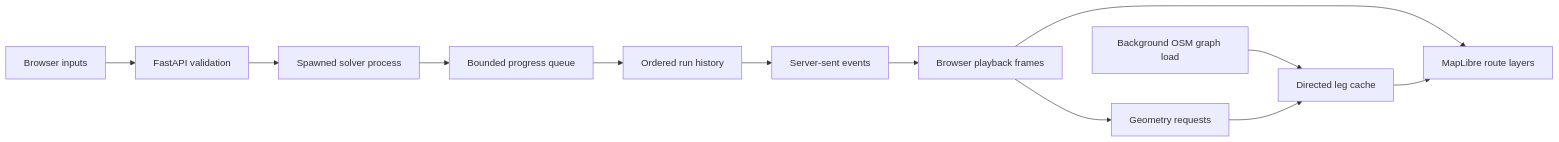
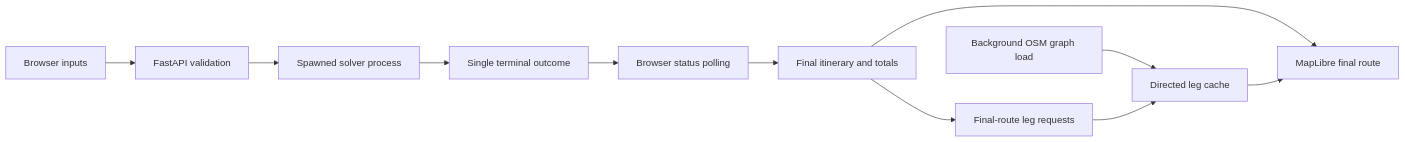
One commit to khanhnedu2006-byte/COS40005 changed the diagram in documentation/web-application.md. Above: the diagram before and after it, drawn with Mermaid. The commit also changed other lines of this file and 12 other files, not shown here.

````diff
--- a/documentation/web-application.md
+++ b/documentation/web-application.md
@@ -28,14 +27,13 @@
 ```mermaid
 flowchart LR
     Form[Browser inputs] --> API[FastAPI validation]
     API --> Worker[Spawned solver process]
-    Worker --> Queue[Bounded progress queue]
-    Queue --> History[Ordered run history]
-    History --> SSE[Server-sent events]
-    SSE --> Frames[Browser playback frames]
-    Frames --> Map[MapLibre route layers]
+    Worker --> Result[Single terminal outcome]
+    Result --> Poll[Browser status polling]
+    Poll --> Guide[Final itinerary and totals]
+    Guide --> Map[MapLibre final route]
     OSM[Background OSM graph load] --> Cache[Directed leg cache]
-    Frames --> Geometry[Geometry requests]
+    Guide --> Geometry[Final-route leg requests]
     Geometry --> Cache
     Cache --> Map
 ```
````
